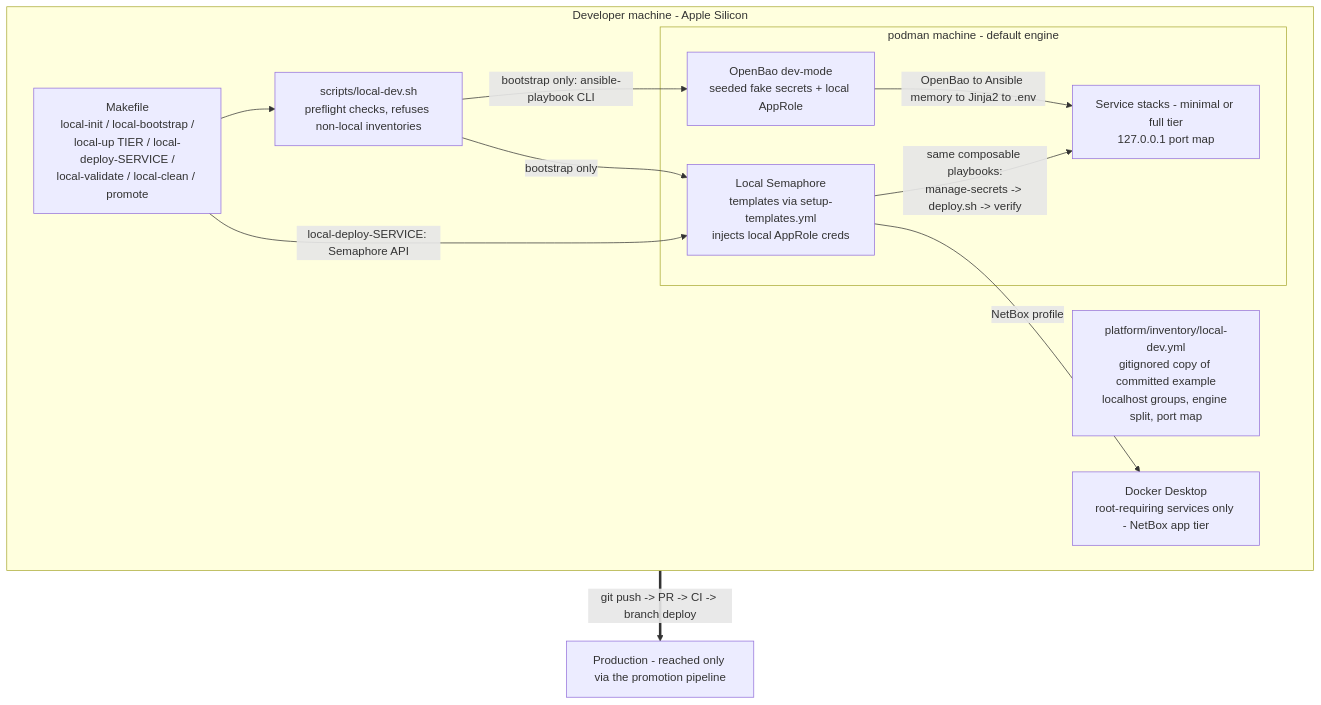
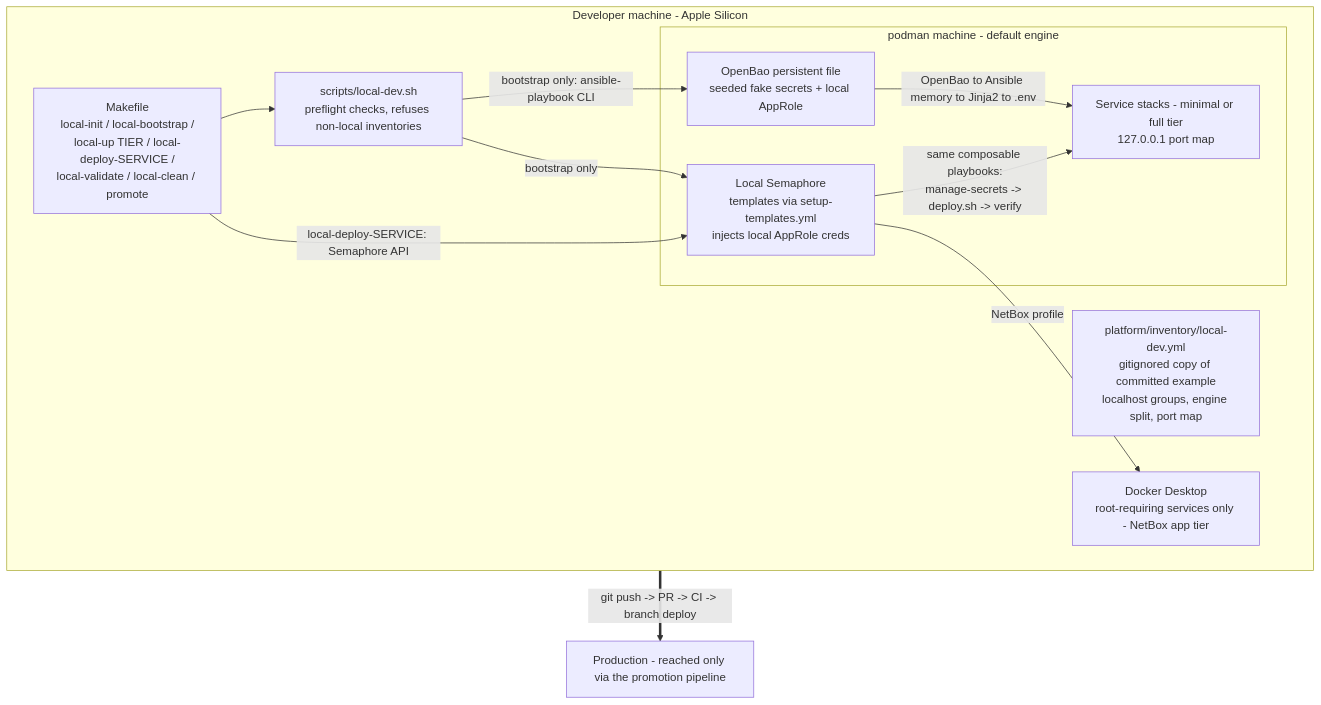
The second of 4 diagrams in plan/development/LOCAL-DEV-DEPLOYMENT.md (uhstray-io/agent-cloud), drawn with Mermaid before and after one commit. The commit also changed other lines of this file and 4 other files, not shown here.

First line of the commit message:
feat(local-dev): persist OpenBao on a file backend

````diff
--- a/plan/development/LOCAL-DEV-DEPLOYMENT.md
+++ b/plan/development/LOCAL-DEV-DEPLOYMENT.md
@@ -95,24 +95,24 @@
 ```mermaid
 flowchart TB
   subgraph mac[Developer machine - Apple Silicon]
     MAKE[Makefile<br/>local-init / local-bootstrap /<br/>local-up TIER / local-deploy-SERVICE /<br/>local-validate / local-clean / promote]
     WRAP[scripts/local-dev.sh<br/>preflight checks, refuses non-local inventories]
     INV[platform/inventory/local-dev.yml<br/>gitignored copy of committed example<br/>localhost groups, engine split, port map]
     subgraph pm[podman machine - default engine]
-      BAO[OpenBao dev-mode<br/>seeded fake secrets + local AppRole]
+      BAO[OpenBao persistent file<br/>seeded fake secrets + local AppRole]
       SEM[Local Semaphore<br/>templates via setup-templates.yml<br/>injects local AppRole creds]
       SVC[Service stacks - minimal or full tier<br/>127.0.0.1 port map]
     end
     DD[Docker Desktop<br/>root-requiring services only - NetBox app tier]
   end
   PROD[Production - reached only via the promotion pipeline]
 
   MAKE --> WRAP
   WRAP -->|bootstrap only: ansible-playbook CLI| BAO
   WRAP -->|bootstrap only| SEM
   MAKE -->|local-deploy-SERVICE: Semaphore API| SEM
   SEM -->|same composable playbooks:<br/>manage-secrets -> deploy.sh -> verify| SVC
   SEM -->|NetBox profile| DD
   BAO -->|OpenBao to Ansible memory to Jinja2 to .env| SVC
   mac ==>|git push -> PR -> CI -> branch deploy| PROD
 ```
````
